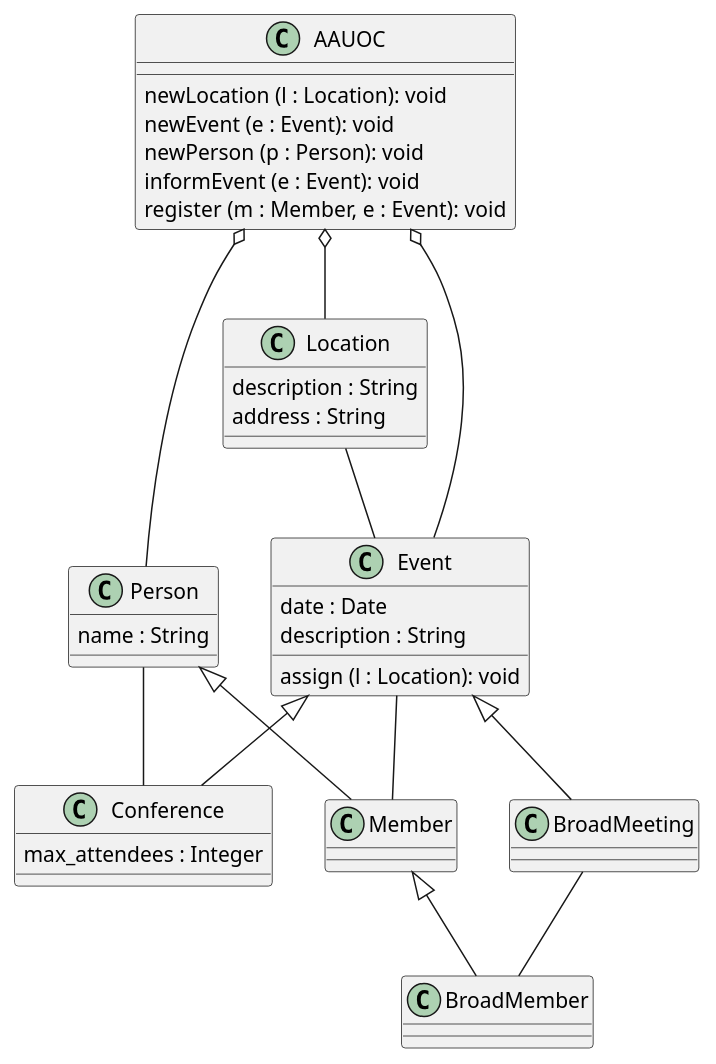
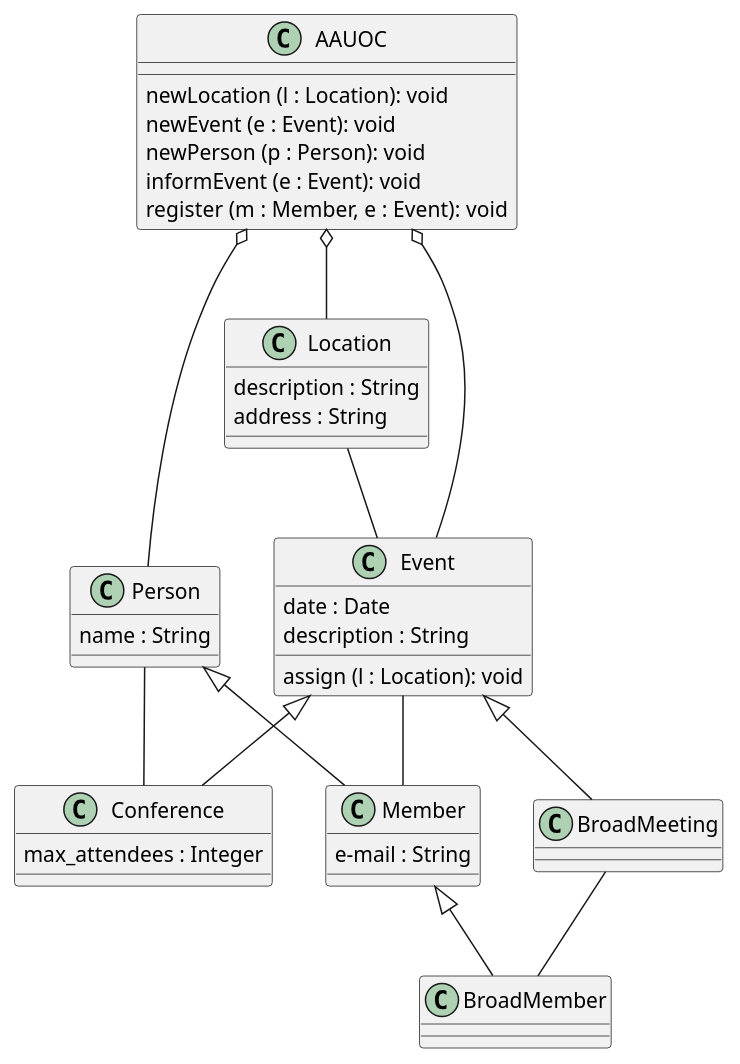
The diagram in Practica_Diagramas_UML.puml (CorazaNegra/UMLClasesFSP), drawn with PlantUML before and after one commit.

Commit message:
Añadiendo atributos a Member

```diff
--- a/Practica_Diagramas_UML.puml
+++ b/Practica_Diagramas_UML.puml
@@ -1,54 +1,54 @@
 @startuml
 
 class AAUOC{
     newLocation (l : Location): void
     newEvent (e : Event): void
     newPerson (p : Person): void
     informEvent (e : Event): void
     register (m : Member, e : Event): void
 }
 
 class Location{
     description : String
     address : String
 }
 
 class Event{
     date : Date
     description : String
     assign (l : Location): void
 }
 
 class Conference{
     max_attendees : Integer
 }
 
 class BroadMeeting{
 
 }
 
 class Person{
     name : String
 }
 
 class Member{
-
+    e-mail : String
 }
 
 class BroadMember{
 
 }
 
 AAUOC o-- Event
 AAUOC o-- Location
 AAUOC o-- Person
 Location -- Event
 Event -- Member
 Person -- Conference
 BroadMeeting -- BroadMember
 Event <|-- Conference
 Event <|-- BroadMeeting
 Person <|-- Member
 Member <|-- BroadMember
 
 @enduml
```
